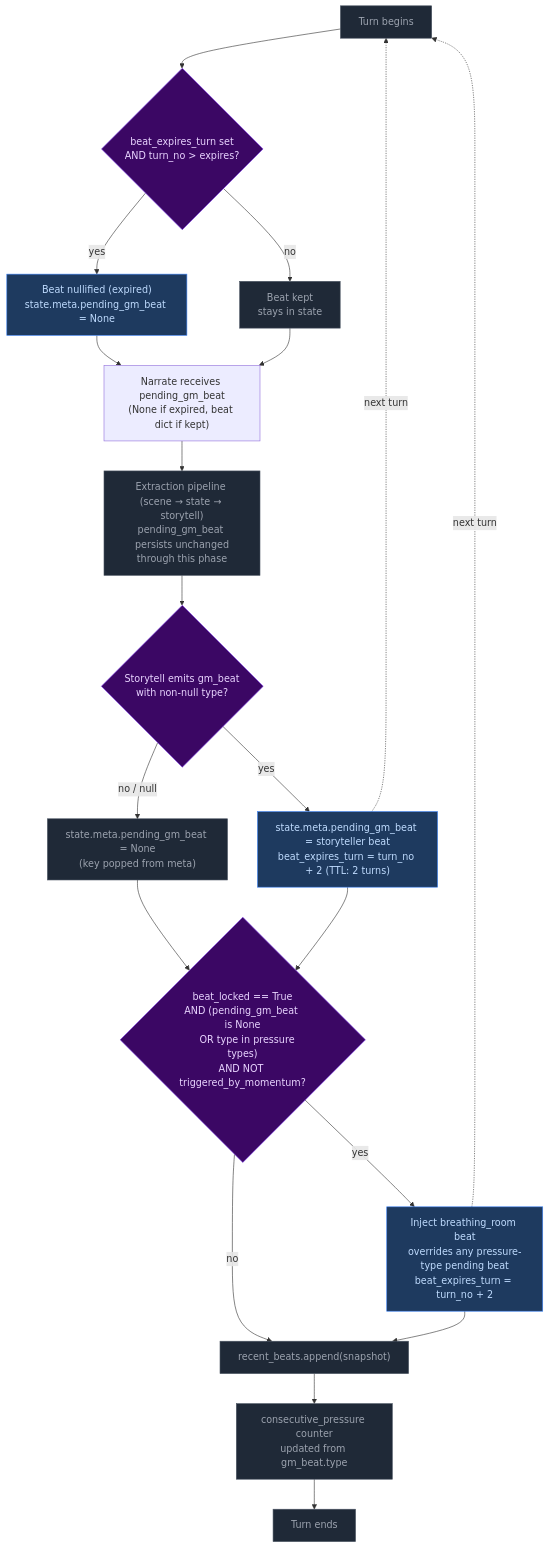
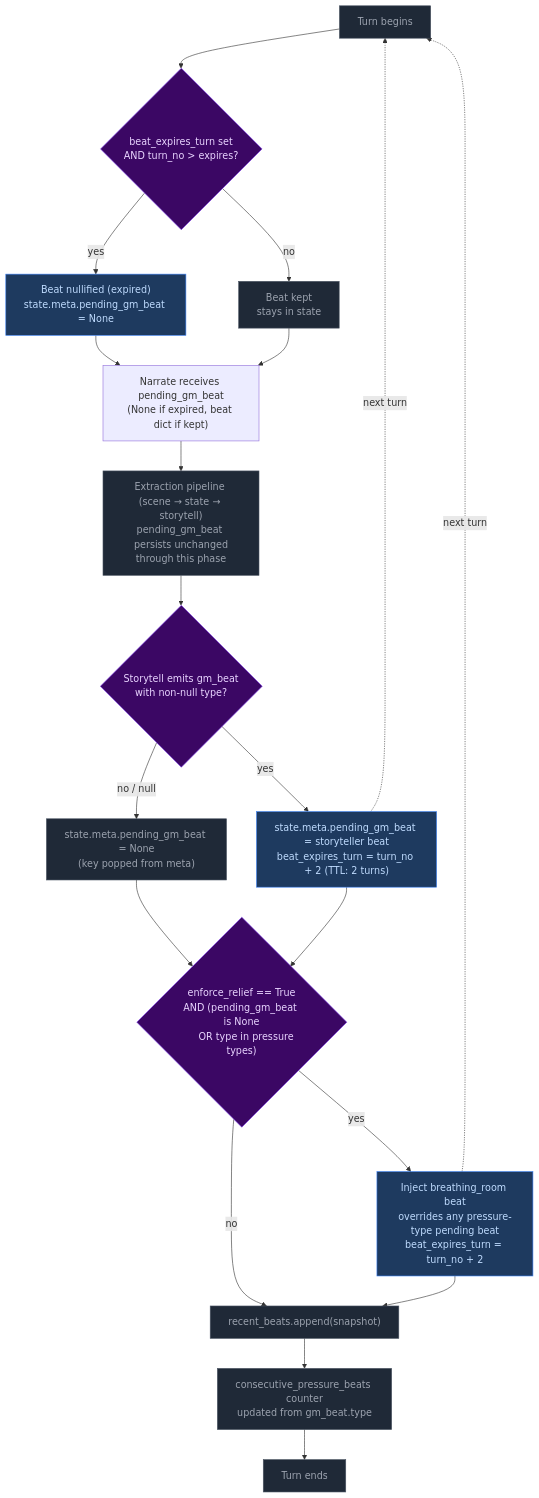
The second of 4 diagrams in docs/architecture/step2c-storytell.md (pww217/fablethread), drawn with Mermaid before and after one commit. The commit also changed other lines of this file and 1 other file, not shown here.

````diff
--- a/docs/architecture/step2c-storytell.md
+++ b/docs/architecture/step2c-storytell.md
@@ -79,37 +78,37 @@
 ```mermaid
 flowchart TD
     classDef pyNode fill:#1f2937,color:#9ca3af,stroke:#4b5563
     classDef decision fill:#3b0764,color:#e9d5ff,stroke:#7c3aed
     classDef output fill:#1e3a5f,color:#bfdbfe,stroke:#3b82f6
 
     START["Turn begins"]:::pyNode --> EXPIRY{"beat_expires_turn set<br>AND turn_no > expires?"}:::decision
     EXPIRY -- yes --> NULLIFIED["Beat nullified (expired)<br>state.meta.pending_gm_beat = None"]:::output
     EXPIRY -- no --> KEEPBEAT["Beat kept<br>stays in state"]:::pyNode
 
     NULLIFIED --> NARRATE["Narrate receives pending_gm_beat<br>(None if expired, beat dict if kept)"]
     KEEPBEAT --> NARRATE
 
     NARRATE --> EXTRACTION["Extraction pipeline (scene → state → storytell)<br>pending_gm_beat persists unchanged<br>through this phase"]:::pyNode
 
     EXTRACTION --> STORYLLM{"Storytell emits gm_beat<br>with non-null type?"}:::decision
     STORYLLM -- "yes" --> STORED["state.meta.pending_gm_beat = storyteller beat<br>beat_expires_turn = turn_no + 2 (TTL: 2 turns)"]:::output
 
     STORYLLM -- "no / null" --> POPPED["state.meta.pending_gm_beat = None<br>(key popped from meta)"]:::pyNode
-    POPPED --> FLOOR{"beat_locked == True<br>AND (pending_gm_beat is None<br>    OR type in pressure types)<br>AND NOT triggered_by_momentum?"}:::decision
+    POPPED --> FLOOR{"enforce_relief == True<br>AND (pending_gm_beat is None<br>    OR type in pressure types)"}:::decision
     STORED --> FLOOR
 
     FLOOR -- yes --> BREATHING["Inject breathing_room beat<br>overrides any pressure-type pending beat<br>beat_expires_turn = turn_no + 2"]:::output
 
     FLOOR -- no --> APPEND_BEATS["recent_beats.append(snapshot)"]:::pyNode
     BREATHING --> APPEND_BEATS
 
-    APPEND_BEATS --> COUNTER["consecutive_pressure counter<br>updated from gm_beat.type"]:::pyNode
+    APPEND_BEATS -->     COUNTER["consecutive_pressure_beats counter<br>updated from gm_beat.type"]:::pyNode
     COUNTER --> DONE["Turn ends"]:::pyNode
 
     STORED -. "next turn" .-> START
     BREATHING -. "next turn" .-> START
 
     style EXPIRY fill:#3b0764,color:#e9d5ff,stroke:#7c3aed
     style STORYLLM fill:#3b0764,color:#e9d5ff,stroke:#7c3aed
     style FLOOR fill:#3b0764,color:#e9d5ff,stroke:#7c3aed
 ```
````
